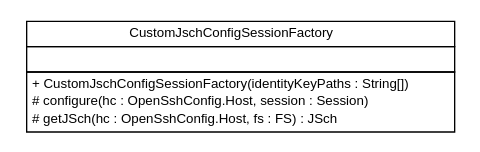
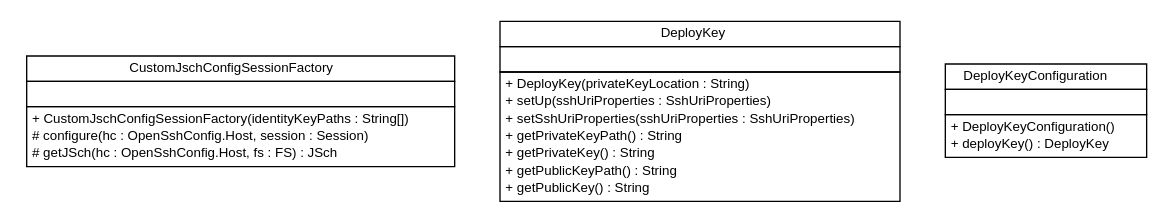
The diagram in release/build-docker/maven-build-java8/spring-cloud-config/spring-cloud-config-server/apidocs/cn/home1/cloud/config/server/ssh/cn.home1.cloud.config.server.ssh.dot (sfeng9d/spring-cloud-config), drawn with Graphviz before and after one commit. The commit also changed 162 other files, not shown here.

Commit message:
Creating site for spring-cloud-config-server-0.0.1-SNAPSHOT

```diff
--- a/release/build-docker/maven-build-java8/spring-cloud-config/spring-cloud-config-server/apidocs/cn/home1/cloud/config/server/ssh/cn.home1.cloud.config.server.ssh.dot
+++ b/release/build-docker/maven-build-java8/spring-cloud-config/spring-cloud-config-server/apidocs/cn/home1/cloud/config/server/ssh/cn.home1.cloud.config.server.ssh.dot
@@ -1,26 +1,57 @@
 #!/usr/local/bin/dot
 #
 # Class diagram 
 # Generated by UMLGraph version R5_6-24-gf6e263 (http://www.umlgraph.org/)
 #
 
 digraph G {
 	edge [fontname="Helvetica",fontsize=10,labelfontname="Helvetica",labelfontsize=10];
 	node [fontname="Helvetica",fontsize=10,shape=plaintext];
 	nodesep=0.25;
 	ranksep=0.5;
 	// cn.home1.cloud.config.server.ssh.CustomJschConfigSessionFactory
-	c79 [label=<<table title="cn.home1.cloud.config.server.ssh.CustomJschConfigSessionFactory" border="0" cellborder="1" cellspacing="0" cellpadding="2" port="p" href="./CustomJschConfigSessionFactory.html">
+	c82 [label=<<table title="cn.home1.cloud.config.server.ssh.CustomJschConfigSessionFactory" border="0" cellborder="1" cellspacing="0" cellpadding="2" port="p" href="./CustomJschConfigSessionFactory.html">
 		<tr><td><table border="0" cellspacing="0" cellpadding="1">
 <tr><td align="center" balign="center"> CustomJschConfigSessionFactory </td></tr>
 		</table></td></tr>
 		<tr><td><table border="0" cellspacing="0" cellpadding="1">
 <tr><td align="left" balign="left">  </td></tr>
 		</table></td></tr>
 		<tr><td><table border="0" cellspacing="0" cellpadding="1">
 <tr><td align="left" balign="left"> + CustomJschConfigSessionFactory(identityKeyPaths : String[]) </td></tr>
 <tr><td align="left" balign="left"> # configure(hc : OpenSshConfig.Host, session : Session) </td></tr>
 <tr><td align="left" balign="left"> # getJSch(hc : OpenSshConfig.Host, fs : FS) : JSch </td></tr>
 		</table></td></tr>
 		</table>>, URL="./CustomJschConfigSessionFactory.html", fontname="Helvetica", fontcolor="black", fontsize=10.0];
+	// cn.home1.cloud.config.server.ssh.DeployKey
+	c83 [label=<<table title="cn.home1.cloud.config.server.ssh.DeployKey" border="0" cellborder="1" cellspacing="0" cellpadding="2" port="p" href="./DeployKey.html">
+		<tr><td><table border="0" cellspacing="0" cellpadding="1">
+<tr><td align="center" balign="center"> DeployKey </td></tr>
+		</table></td></tr>
+		<tr><td><table border="0" cellspacing="0" cellpadding="1">
+<tr><td align="left" balign="left">  </td></tr>
+		</table></td></tr>
+		<tr><td><table border="0" cellspacing="0" cellpadding="1">
+<tr><td align="left" balign="left"> + DeployKey(privateKeyLocation : String) </td></tr>
+<tr><td align="left" balign="left"> + setUp(sshUriProperties : SshUriProperties) </td></tr>
+<tr><td align="left" balign="left"> + setSshUriProperties(sshUriProperties : SshUriProperties) </td></tr>
+<tr><td align="left" balign="left"> + getPrivateKeyPath() : String </td></tr>
+<tr><td align="left" balign="left"> + getPrivateKey() : String </td></tr>
+<tr><td align="left" balign="left"> + getPublicKeyPath() : String </td></tr>
+<tr><td align="left" balign="left"> + getPublicKey() : String </td></tr>
+		</table></td></tr>
+		</table>>, URL="./DeployKey.html", fontname="Helvetica", fontcolor="black", fontsize=10.0];
+	// cn.home1.cloud.config.server.ssh.DeployKeyConfiguration
+	c84 [label=<<table title="cn.home1.cloud.config.server.ssh.DeployKeyConfiguration" border="0" cellborder="1" cellspacing="0" cellpadding="2" port="p" href="./DeployKeyConfiguration.html">
+		<tr><td><table border="0" cellspacing="0" cellpadding="1">
+<tr><td align="center" balign="center"> DeployKeyConfiguration </td></tr>
+		</table></td></tr>
+		<tr><td><table border="0" cellspacing="0" cellpadding="1">
+<tr><td align="left" balign="left">  </td></tr>
+		</table></td></tr>
+		<tr><td><table border="0" cellspacing="0" cellpadding="1">
+<tr><td align="left" balign="left"> + DeployKeyConfiguration() </td></tr>
+<tr><td align="left" balign="left"> + deployKey() : DeployKey </td></tr>
+		</table></td></tr>
+		</table>>, URL="./DeployKeyConfiguration.html", fontname="Helvetica", fontcolor="black", fontsize=10.0];
 }
```
